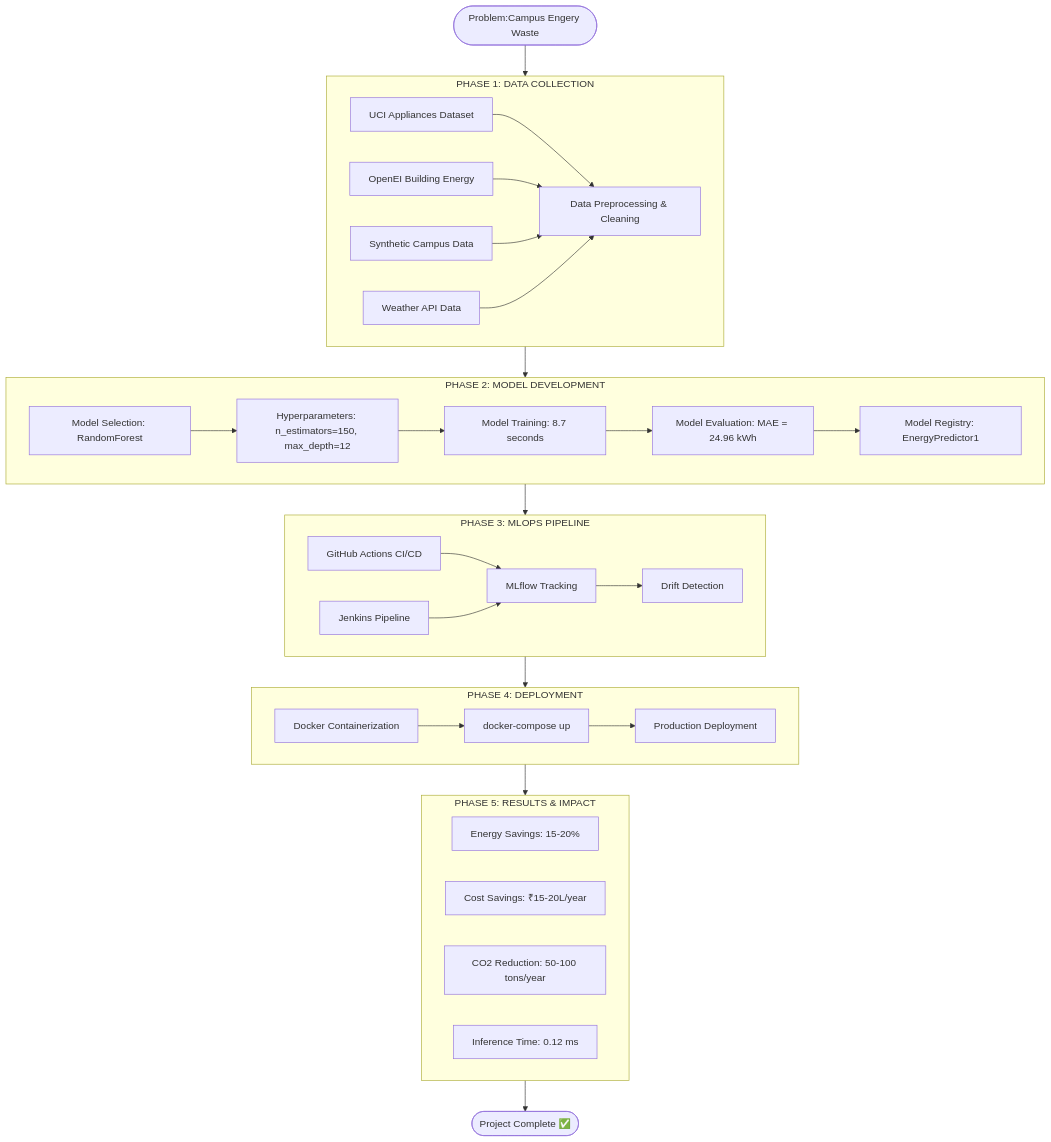
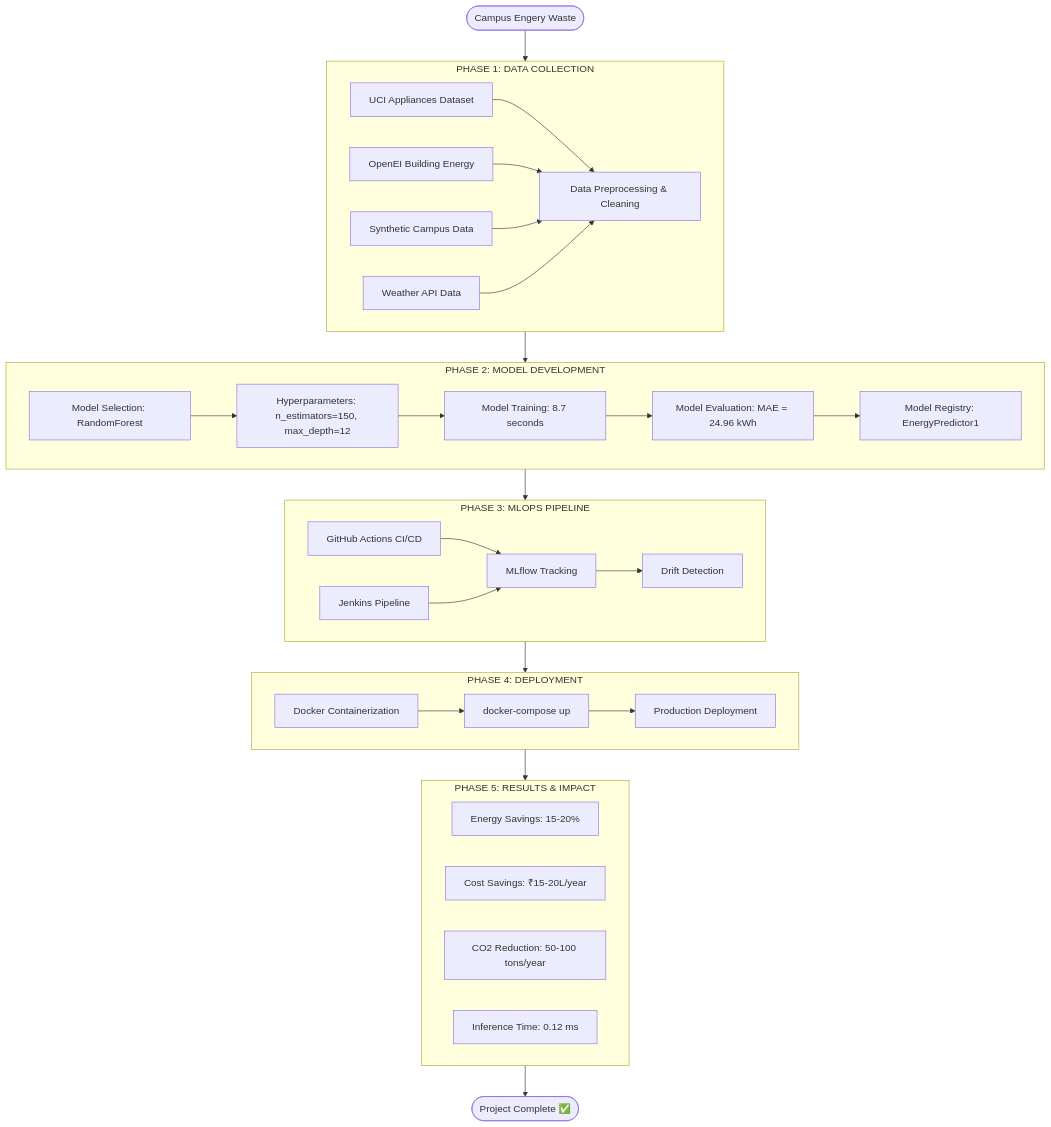
Before and after one commit to ruchika-pandey/smart-campus-energy-optimizer: the diagram in README.md, drawn with Mermaid.

````diff
--- a/README.md
+++ b/README.md
@@ -173,63 +173,63 @@
 ```mermaid
 flowchart TD
-    START([Problem:Campus Engery Waste]) --> PHASE1
+    START([Campus Engery Waste]) --> PHASE1
 
     subgraph PHASE1 [PHASE 1: DATA COLLECTION]
         A1[UCI Appliances Dataset]
         A2[OpenEI Building Energy]
         A3[Synthetic Campus Data]
         A4[Weather API Data]
         A5[Data Preprocessing & Cleaning]
         
         A1 --> A5
         A2 --> A5
         A3 --> A5
         A4 --> A5
     end
 
     PHASE1 --> PHASE2
 
     subgraph PHASE2 [PHASE 2: MODEL DEVELOPMENT]
         B1[Model Selection: RandomForest]
         B2[Hyperparameters: n_estimators=150, max_depth=12]
         B3[Model Training: 8.7 seconds]
         B4[Model Evaluation: MAE = 24.96 kWh]
         B5[Model Registry: EnergyPredictor1]
         
         B1 --> B2 --> B3 --> B4 --> B5
     end
 
     PHASE2 --> PHASE3
 
     subgraph PHASE3 [PHASE 3: MLOPS PIPELINE]
         C1[GitHub Actions CI/CD]
         C2[Jenkins Pipeline]
         C3[MLflow Tracking]
         C4[Drift Detection]
         
         C1 --> C3
         C2 --> C3
         C3 --> C4
     end
 
     PHASE3 --> PHASE4
 
     subgraph PHASE4 [PHASE 4: DEPLOYMENT]
         D1[Docker Containerization]
         D2[docker-compose up]
         D3[Production Deployment]
         
         D1 --> D2 --> D3
     end
 
     PHASE4 --> PHASE5
 
     subgraph PHASE5 [PHASE 5: RESULTS & IMPACT]
         E1[Energy Savings: 15-20%]
         E2[Cost Savings: ₹15-20L/year]
         E3[CO2 Reduction: 50-100 tons/year]
         E4[Inference Time: 0.12 ms]
     end
 
     PHASE5 --> END([Project Complete ✅])
 ```
````
